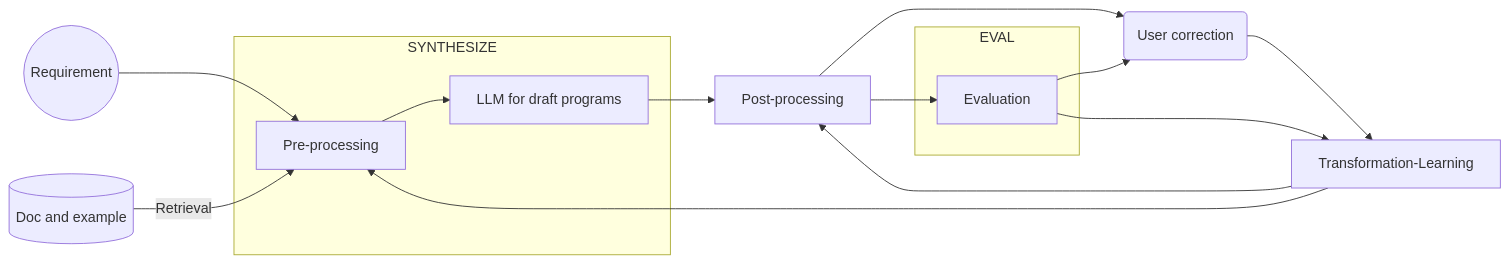
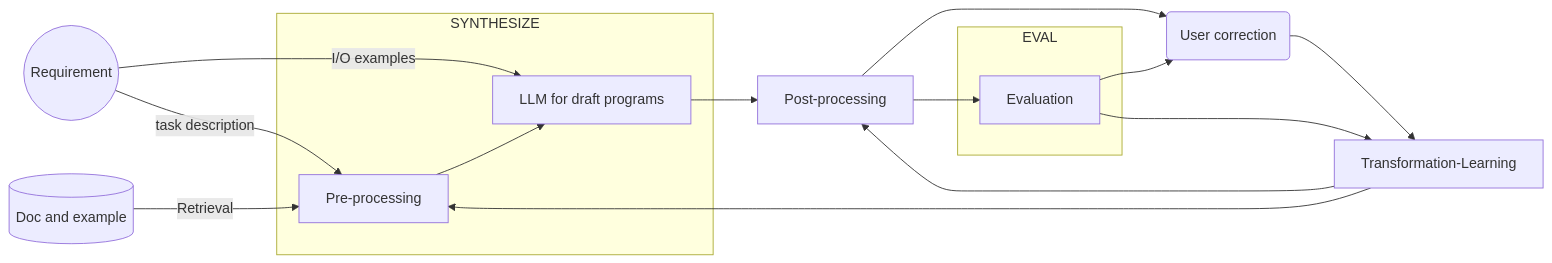
Before and after one commit to AI-LLM/ai-llm.github.io: the second of 2 diagrams in Code-Generation.md, drawn with Mermaid.

````diff
--- a/Code-Generation.md
+++ b/Code-Generation.md
@@ -59,19 +59,20 @@
 ```mermaid
 graph LR;
-S((Requirement))-->Pre-processing
+S((Requirement)) -- task description --> Pre-processing
+S -- I/O examples --> LLMsynth[LLM for draft programs]
 doc[(Doc and example)] -- Retrieval --> Pre-processing
 subgraph SYNTHESIZE
-Pre-processing --> LLMsynth[LLM for draft programs]
+Pre-processing --> LLMsynth
 end
 LLMsynth --> Post-processing
 Post-processing --> Evaluation
 subgraph EVAL
 Evaluation
 end
 Post-processing --> U(User correction)
 Evaluation --> U
 U --> Transformation-Learning
 Evaluation --> Transformation-Learning
 Transformation-Learning --> Post-processing
 Transformation-Learning --> Pre-processing
 ```
````
